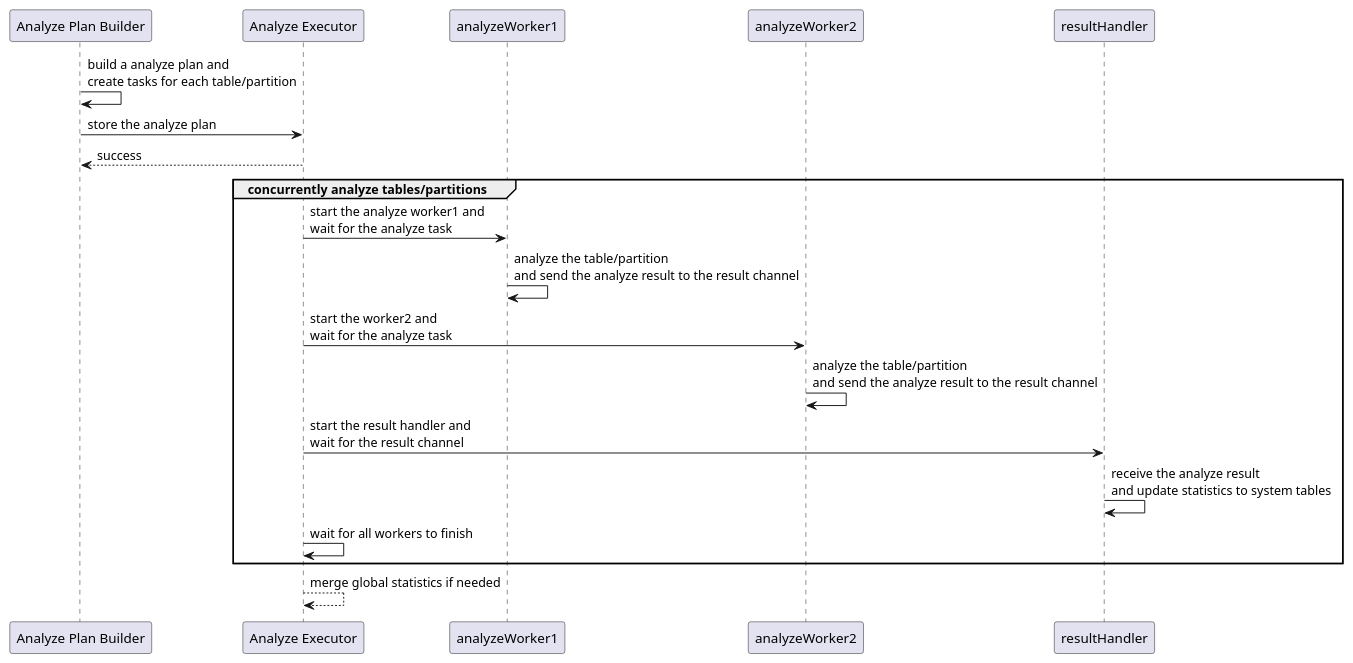
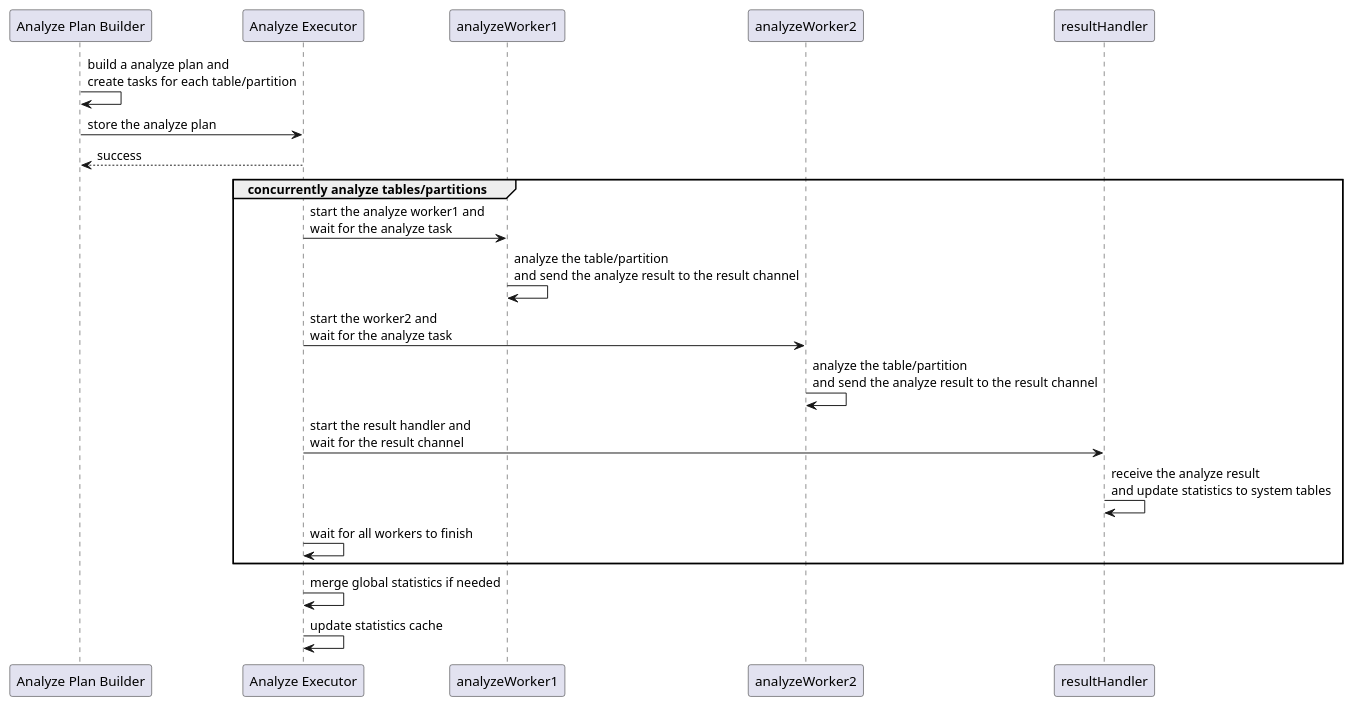
The third of 8 diagrams in slides.md (Rustin170506/tidb-analyze.slide), drawn with PlantUML before and after one commit.

Commit message:
tidb-analyze: add update stats cache

````diff
--- a/slides.md
+++ b/slides.md
@@ -549,21 +549,19 @@
 ```plantuml
 @startuml
-
-
-
 "Analyze Plan Builder" as APB -> APB: build a analyze plan and \ncreate tasks for each table/partition
 APB -> "Analyze Executor" as AE: store the analyze plan
 AE --> APB: success
 
 group concurrently analyze tables/partitions
 AE -> analyzeWorker1: start the analyze worker1 and \nwait for the analyze task
 analyzeWorker1 -> analyzeWorker1: analyze the table/partition \nand send the analyze result to the result channel
 AE -> analyzeWorker2: start the worker2 and \nwait for the analyze task
 analyzeWorker2 -> analyzeWorker2: analyze the table/partition \nand send the analyze result to the result channel
 AE -> resultHandler: start the result handler and \nwait for the result channel
 resultHandler -> resultHandler: receive the analyze result \nand update statistics to system tables
 AE -> AE: wait for all workers to finish
 end
-AE --> AE: merge global statistics if needed
+AE -> AE: merge global statistics if needed
+AE -> AE: update statistics cache
 @enduml
 ```
````
